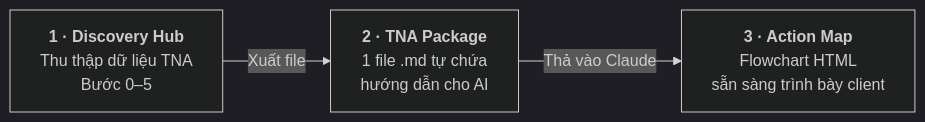
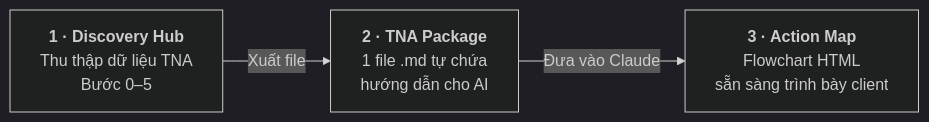
The diagram in README.vi.md (ngolinhtrang2011-dot/discovery-hub), drawn with Mermaid (dark theme) before and after one commit. The commit also changed other lines of this file, not shown here.

````diff
--- a/README.vi.md
+++ b/README.vi.md
@@ -41,8 +41,8 @@
 ```mermaid
 flowchart LR
     A["<b>1 · Discovery Hub</b><br/>Thu thập dữ liệu TNA<br/>Bước 0–5"]
     B["<b>2 · TNA Package</b><br/>1 file .md tự chứa<br/>hướng dẫn cho AI"]
     C["<b>3 · Action Map</b><br/>Flowchart HTML<br/>sẵn sàng trình bày client"]
     A -->|Xuất file| B
-    B -->|Thả vào Claude| C
+    B -->|Đưa vào Claude| C
 ```
````
